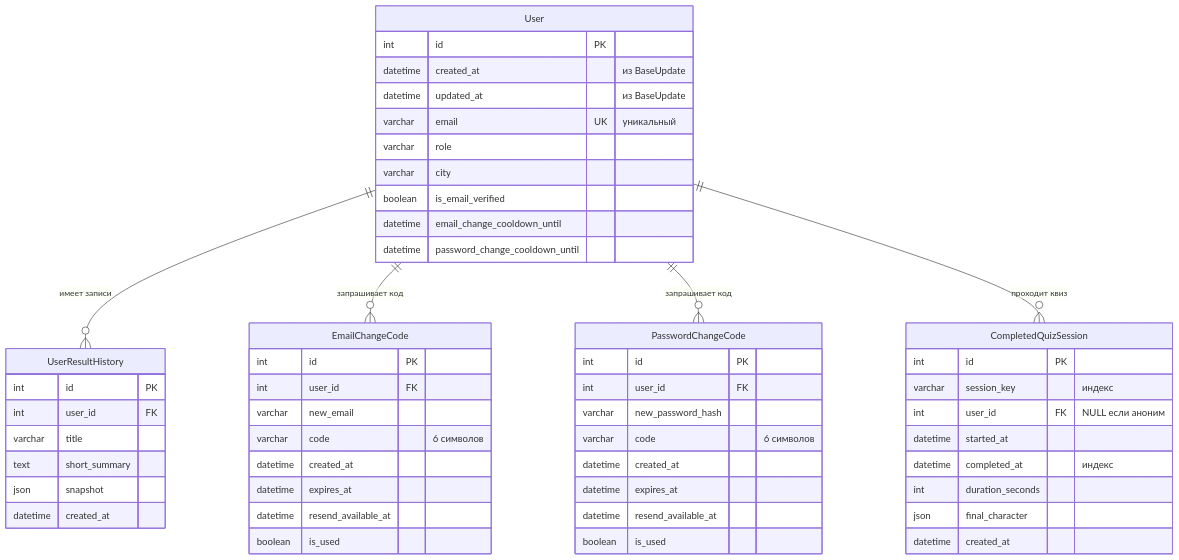
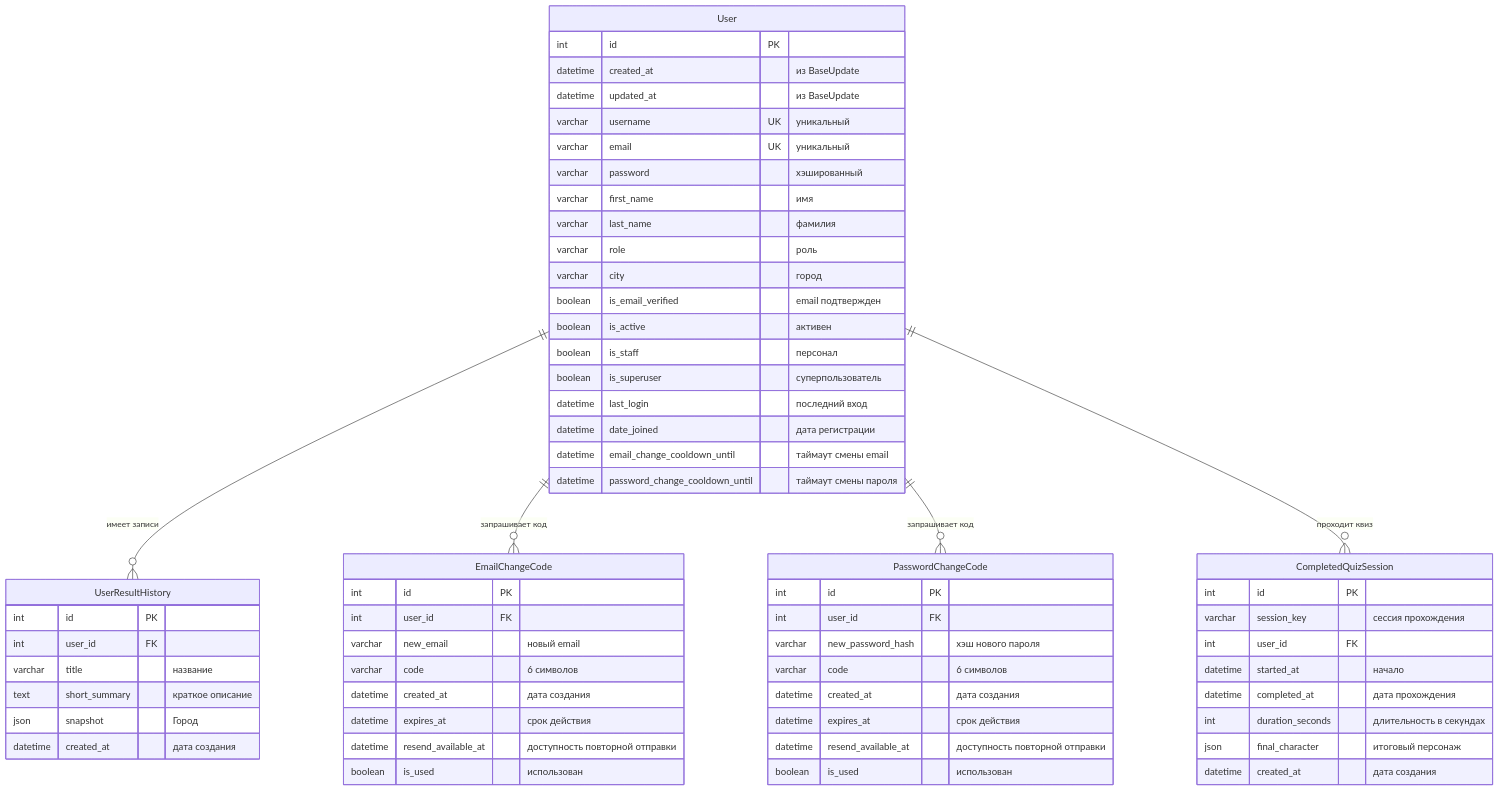
One commit to Chernov2312/PersonVille changed the diagram in README.md. Above: the diagram before and after it, drawn with Mermaid. The commit also changed 5 other files, not shown here.

````diff
--- a/README.md
+++ b/README.md
@@ -130,61 +130,70 @@
 ```mermaid
 erDiagram
     User ||--o{ UserResultHistory : "имеет записи"
     User ||--o{ EmailChangeCode : "запрашивает код"
     User ||--o{ PasswordChangeCode : "запрашивает код"
     User ||--o{ CompletedQuizSession : "проходит квиз"
 
     User {
         int id PK
         datetime created_at "из BaseUpdate"
         datetime updated_at "из BaseUpdate"
+        varchar username UK "уникальный"
         varchar email UK "уникальный"
-        varchar role
-        varchar city
-        boolean is_email_verified
-        datetime email_change_cooldown_until
-        datetime password_change_cooldown_until
+        varchar password "хэшированный"
+        varchar first_name "имя"
+        varchar last_name "фамилия"
+        varchar role "роль"
+        varchar city "город"
+        boolean is_email_verified "email подтвержден"
+        boolean is_active "активен"
+        boolean is_staff "персонал"
+        boolean is_superuser "суперпользователь"
+        datetime last_login "последний вход"
+        datetime date_joined "дата регистрации"
+        datetime email_change_cooldown_until "таймаут смены email"
+        datetime password_change_cooldown_until "таймаут смены пароля"
     }
 
     UserResultHistory {
         int id PK
         int user_id FK
-        varchar title
-        text short_summary
-        json snapshot
-        datetime created_at
+        varchar title "название"
+        text short_summary "краткое описание"
+        json snapshot "Город"
+        datetime created_at "дата создания"
     }
 
     EmailChangeCode {
         int id PK
         int user_id FK
-        varchar new_email
+        varchar new_email "новый email"
         varchar code "6 символов"
-        datetime created_at
-        datetime expires_at
-        datetime resend_available_at
-        boolean is_used
+        datetime created_at "дата создания"
+        datetime expires_at "срок действия"
+        datetime resend_available_at "доступность повторной отправки"
+        boolean is_used "использован"
     }
 
     PasswordChangeCode {
         int id PK
         int user_id FK
-        varchar new_password_hash
+        varchar new_password_hash "хэш нового пароля"
         varchar code "6 символов"
-        datetime created_at
-        datetime expires_at
-        datetime resend_available_at
-        boolean is_used
+        datetime created_at "дата создания"
+        datetime expires_at "срок действия"
+        datetime resend_available_at "доступность повторной отправки"
+        boolean is_used "использован"
     }
 
     CompletedQuizSession {
         int id PK
-        varchar session_key "индекс"
-        int user_id FK "NULL если аноним"
-        datetime started_at
-        datetime completed_at "индекс"
-        int duration_seconds
-        json final_character
-        datetime created_at
+        varchar session_key "сессия прохождения"
+        int user_id FK
+        datetime started_at "начало"
+        datetime completed_at "дата прохождения"
+        int duration_seconds "длительность в секундах"
+        json final_character "итоговый персонаж"
+        datetime created_at "дата создания"
     }
 ```
````
